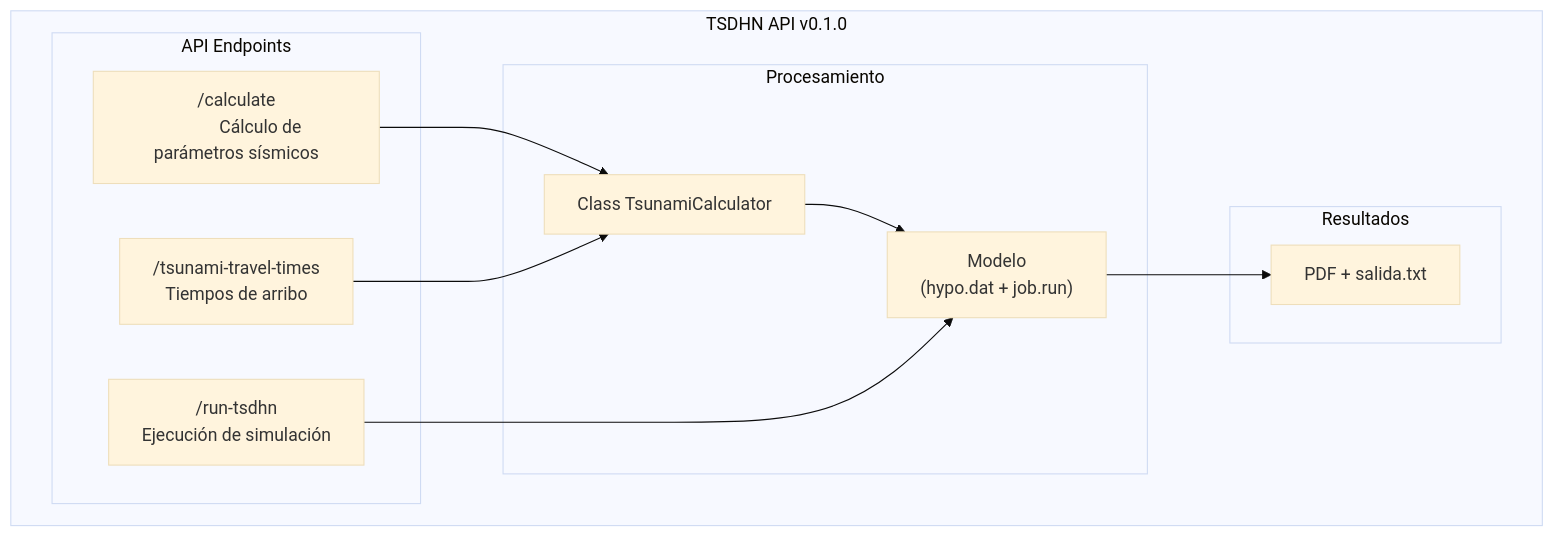
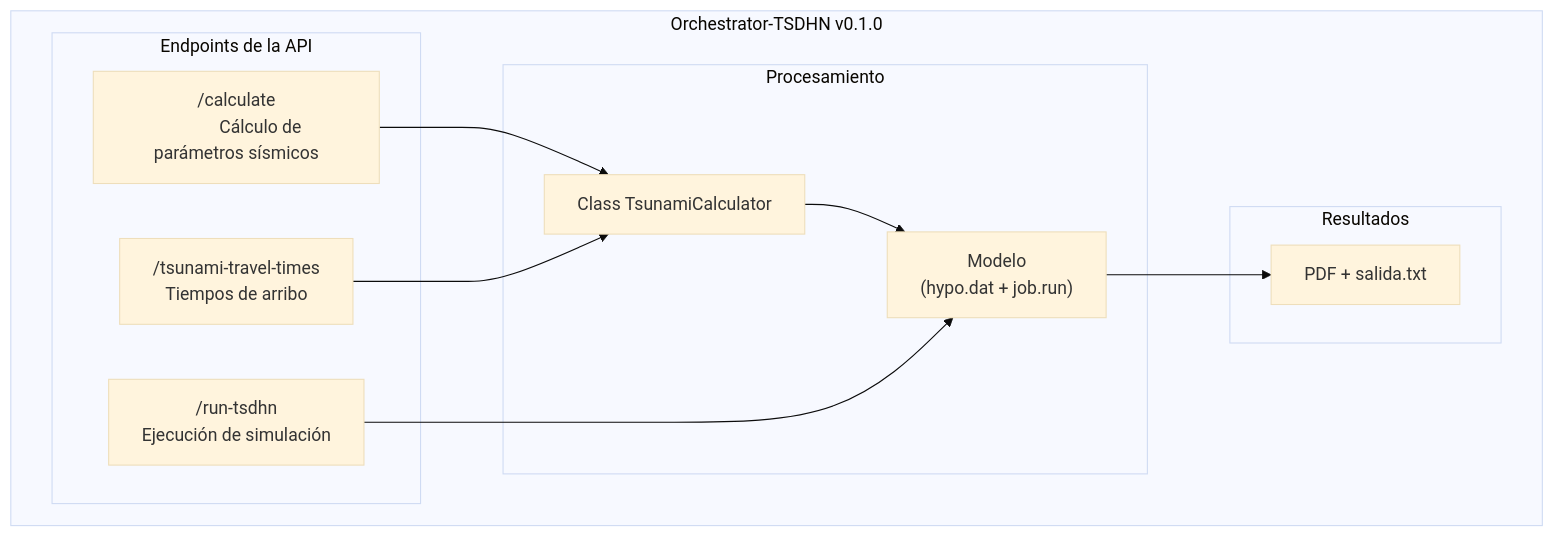
Before and after one commit to totallynotdavid/picv-2025: the diagram in README.md, drawn with Mermaid (base theme). The commit also changed other lines of this file and 1 other file, not shown here.

````diff
--- a/README.md
+++ b/README.md
@@ -7,29 +10,29 @@
 ```mermaid
 flowchart TB
-    subgraph "TSDHN API v0.1.0"
-        subgraph Endpoints["API Endpoints"]
+    subgraph "Orchestrator-TSDHN v0.1.0"
+        subgraph Endpoints["Endpoints de la API"]
             Calculate["/calculate
             Cálculo de parámetros sísmicos"]
             TravelTimes["/tsunami-travel-times
             Tiempos de arribo"]
             RunModel["/run-tsdhn
             Ejecución de simulación"]
         end
 
         subgraph Core["Procesamiento"]
             Calculator["Class TsunamiCalculator"]
             ModelFiles["Modelo
             (hypo.dat + job.run)"]
         end
 
         subgraph Output["Resultados"]
             Files["PDF + salida.txt"]
         end
     end
 
     Calculate --> Calculator
     TravelTimes --> Calculator
     Calculator --> ModelFiles
     RunModel --> ModelFiles
     ModelFiles --> Files
 ```
````
